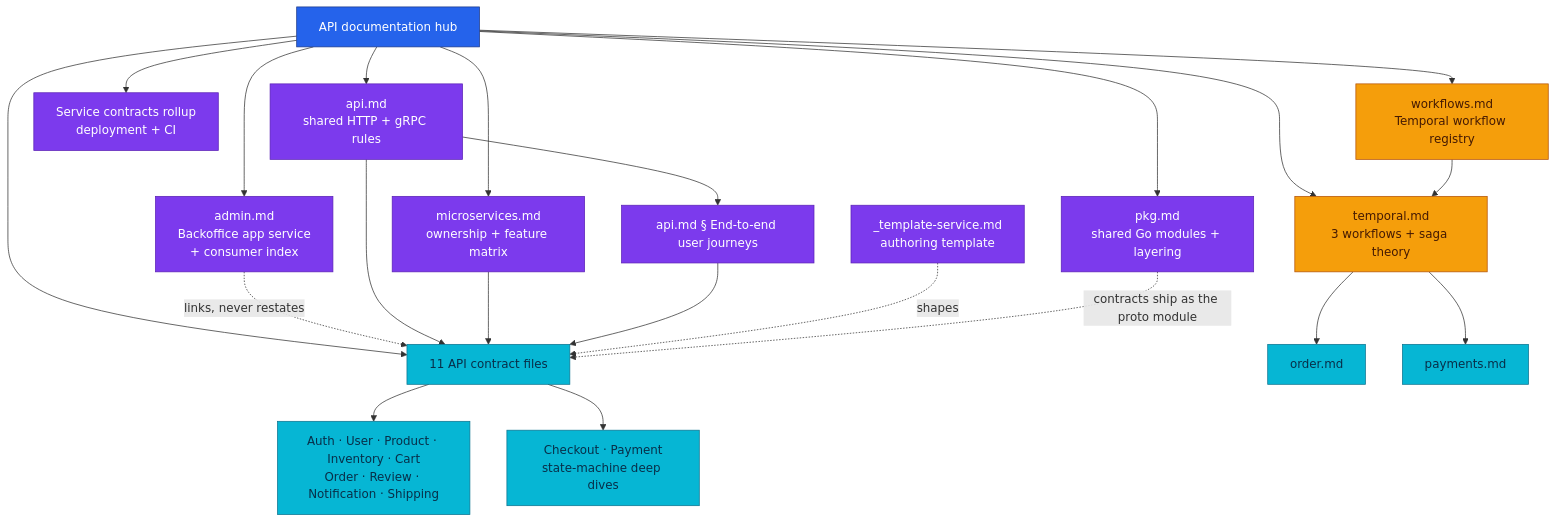
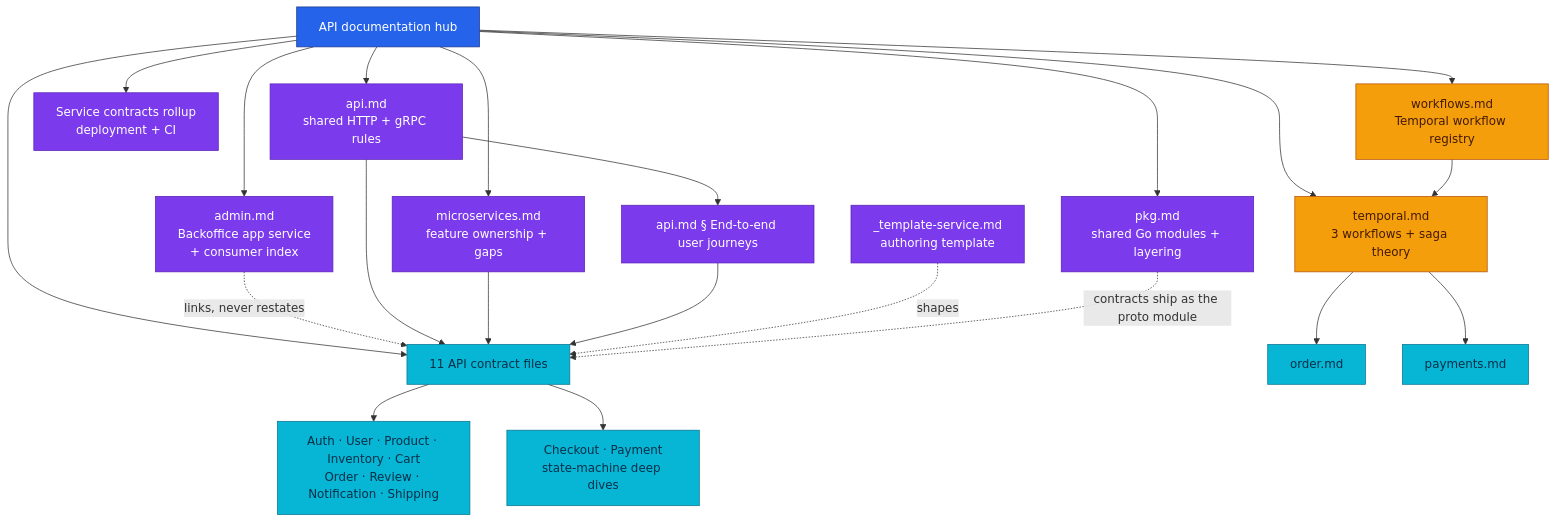
One commit to duynhlab/homelab changed the diagram in docs/api/README.md. Above: the diagram before and after it, drawn with Mermaid. The commit also changed other lines of this file and 3 other files, not shown here.

````diff
--- a/docs/api/README.md
+++ b/docs/api/README.md
@@ -16,32 +16,32 @@
 ```mermaid
 flowchart TD
     Hub["API documentation hub"] --> Shared["api.md<br/>shared HTTP + gRPC rules"]
     Hub --> Rollup["Service contracts rollup<br/>deployment + CI"]
-    Hub --> Catalog["microservices.md<br/>ownership + feature matrix"]
+    Hub --> Catalog["microservices.md<br/>feature ownership + gaps"]
     Hub --> Contracts["11 API contract files"]
     Hub --> Workflows["workflows.md<br/>Temporal workflow registry"]
     Hub --> Saga["temporal.md<br/>3 workflows + saga theory"]
     Hub --> Pkg["pkg.md<br/>shared Go modules + layering"]
     Hub --> Consumer["admin.md<br/>Backoffice app service<br/>+ consumer index"]
     Shared --> Journeys["api.md § End-to-end user journeys"]
     Contracts --> Basic["Auth · User · Product · Inventory · Cart<br/>Order · Review · Notification · Shipping"]
     Contracts --> Deep["Checkout · Payment<br/>state-machine deep dives"]
     Consumer -.->|"links, never restates"| Contracts
     Shared --> Contracts
     Catalog --> Contracts
     Journeys --> Contracts
     Workflows --> Saga
     Template["_template-service.md<br/>authoring template"] -.->|"shapes"| Contracts
     Saga --> Order["order.md"]
     Saga --> Payment["payments.md"]
     Pkg -.->|"contracts ship as the proto module"| Contracts
 
     classDef hub fill:#2563eb,color:#fff,stroke:#1e3a8a;
     classDef guide fill:#7c3aed,color:#fff,stroke:#5b21b6;
     classDef contract fill:#06b6d4,color:#082f49,stroke:#0e7490;
     classDef workflow fill:#f59e0b,color:#451a03,stroke:#b45309;
     class Hub hub;
     class Shared,Catalog,Rollup,Journeys,Template,Pkg,Consumer guide;
     class Contracts,Basic,Deep,Order,Payment contract;
     class Saga,Workflows workflow;
 ```
````
